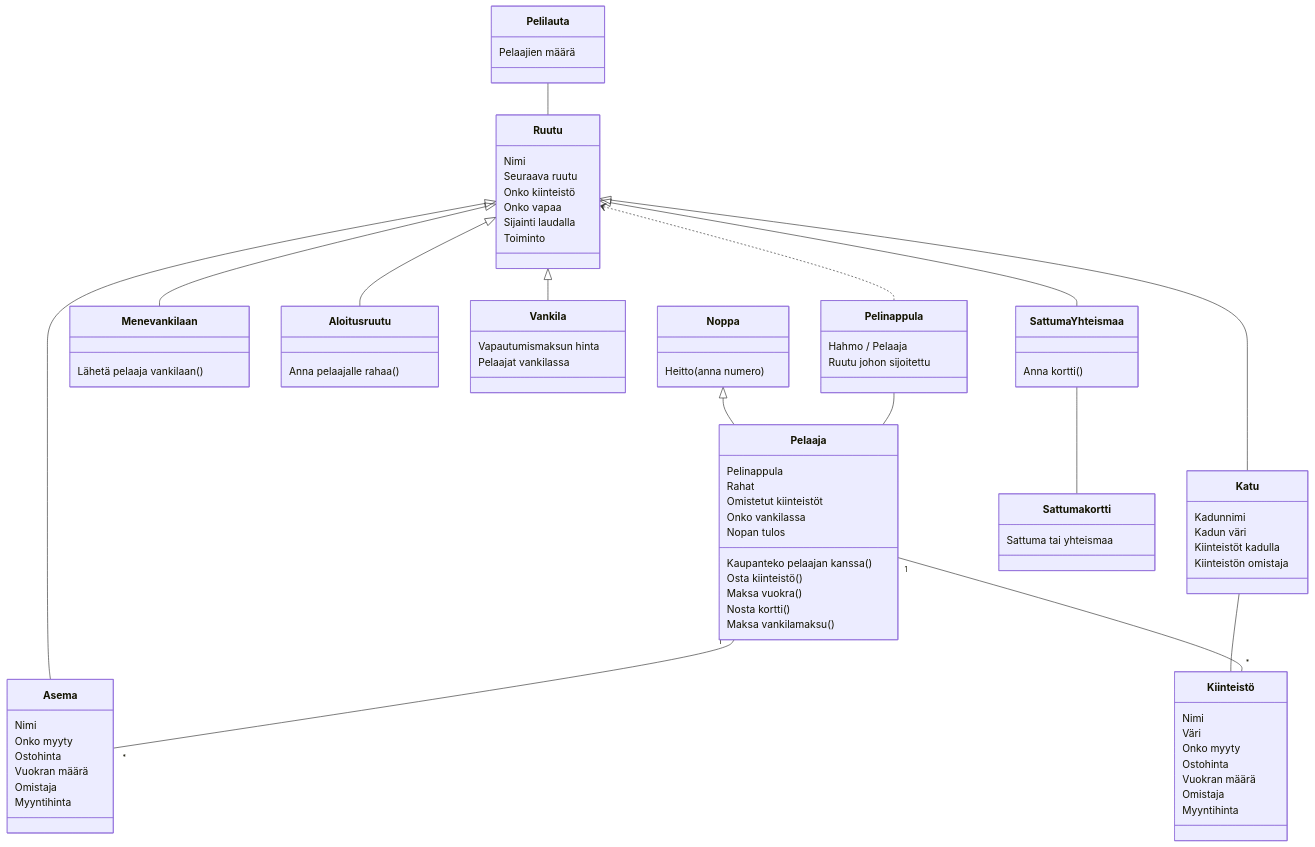
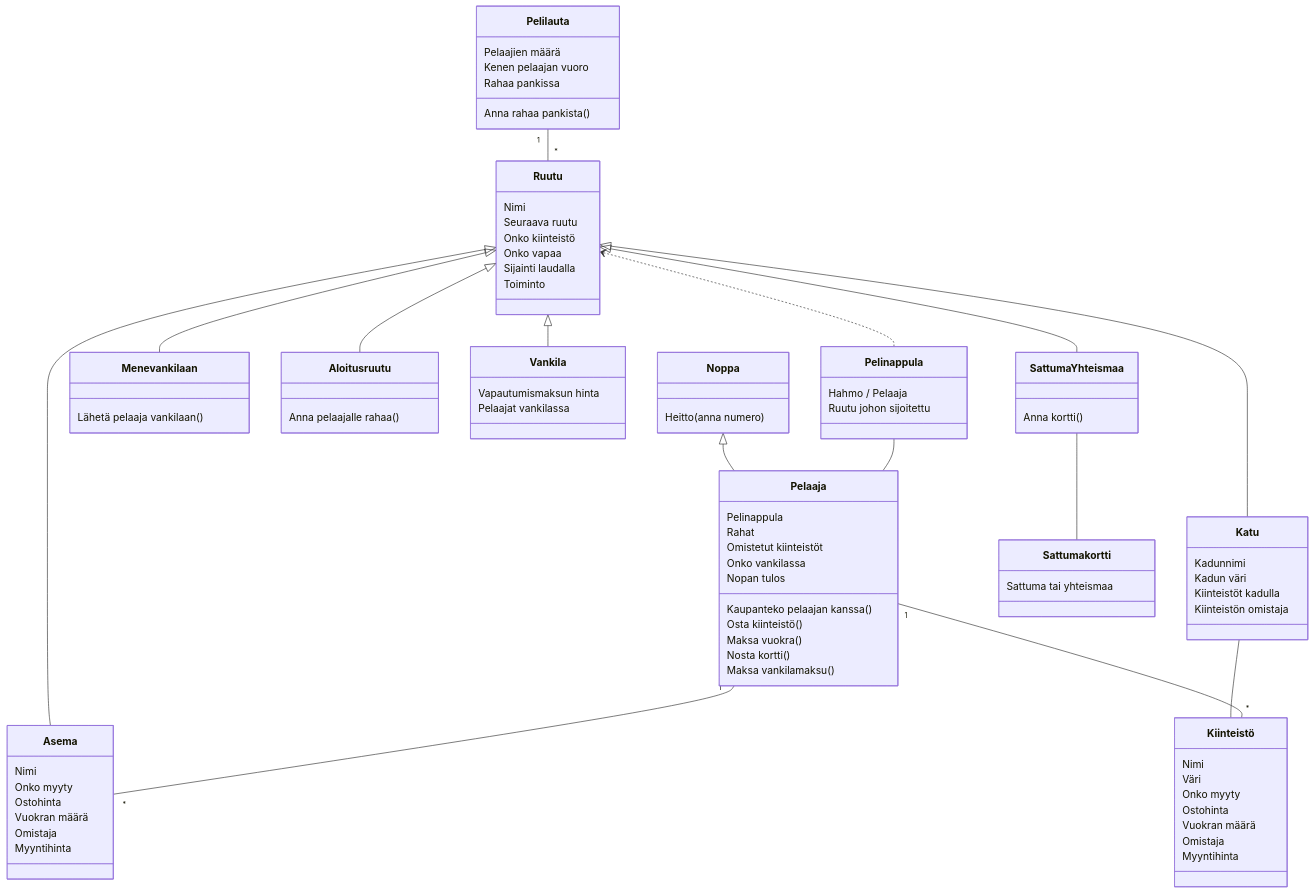
The diagram in laskarit/viikko3/luokkakaavio.md (kodtld/TravelHub), drawn with Mermaid before and after one commit.

```diff
--- a/laskarit/viikko3/luokkakaavio.md
+++ b/laskarit/viikko3/luokkakaavio.md
@@ -8,7 +8,7 @@
       Ruutu  <|-- SattumaYhteismaa
       Ruutu  <|-- Asema
       Ruutu  <|-- Katu
-      Pelilauta -- Ruutu
+      Pelilauta "1" -- "*" Ruutu
       Katu -- Kiinteistö
       Pelaaja "1" -- "*" Kiinteistö
       Pelaaja "1" -- "*" Asema
@@ -17,6 +17,9 @@
       SattumaYhteismaa -- Sattumakortti 
 
       Pelilauta : Pelaajien määrä  
+      Pelilauta : Kenen pelaajan vuoro
+      Pelilauta : Rahaa pankissa
+      Pelilauta : Anna rahaa pankista()
 
       class Pelaaja{
           Pelinappula
```
